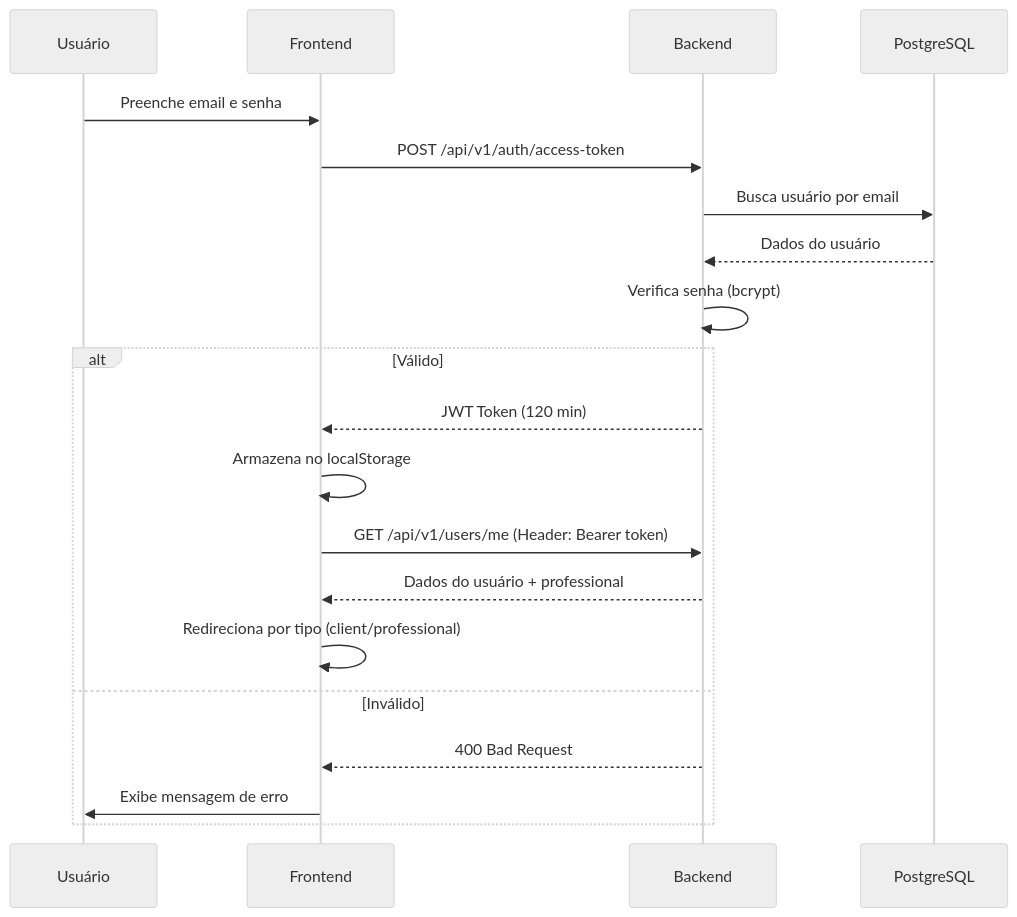
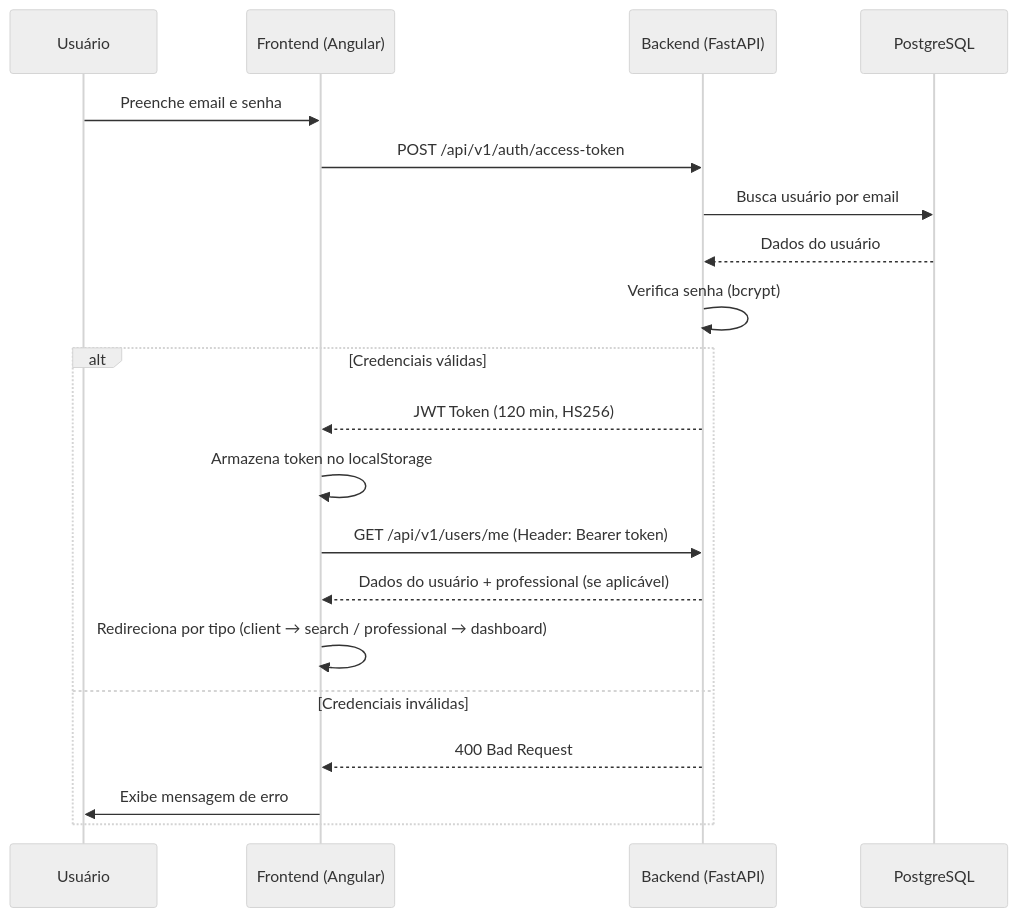
One commit to felipe-gomes0/astrocode-teste changed the fifth of 5 diagrams in README.md. Above: the diagram before and after it, drawn with Mermaid (neutral theme). The commit also changed other lines of this file, not shown here.

````diff
--- a/README.md
+++ b/README.md
@@ -209,23 +469,23 @@
 ```mermaid
 sequenceDiagram
     participant U as Usuário
-    participant FE as Frontend
-    participant API as Backend
+    participant FE as Frontend (Angular)
+    participant API as Backend (FastAPI)
     participant DB as PostgreSQL
 
     U->>FE: Preenche email e senha
     FE->>API: POST /api/v1/auth/access-token
     API->>DB: Busca usuário por email
     DB-->>API: Dados do usuário
     API->>API: Verifica senha (bcrypt)
-    alt Válido
-        API-->>FE: JWT Token (120 min)
-        FE->>FE: Armazena no localStorage
+    alt Credenciais válidas
+        API-->>FE: JWT Token (120 min, HS256)
+        FE->>FE: Armazena token no localStorage
         FE->>API: GET /api/v1/users/me (Header: Bearer token)
-        API-->>FE: Dados do usuário + professional
-        FE->>FE: Redireciona por tipo (client/professional)
-    else Inválido
+        API-->>FE: Dados do usuário + professional (se aplicável)
+        FE->>FE: Redireciona por tipo (client → search / professional → dashboard)
+    else Credenciais inválidas
         API-->>FE: 400 Bad Request
         FE->>U: Exibe mensagem de erro
     end
 ```
````
